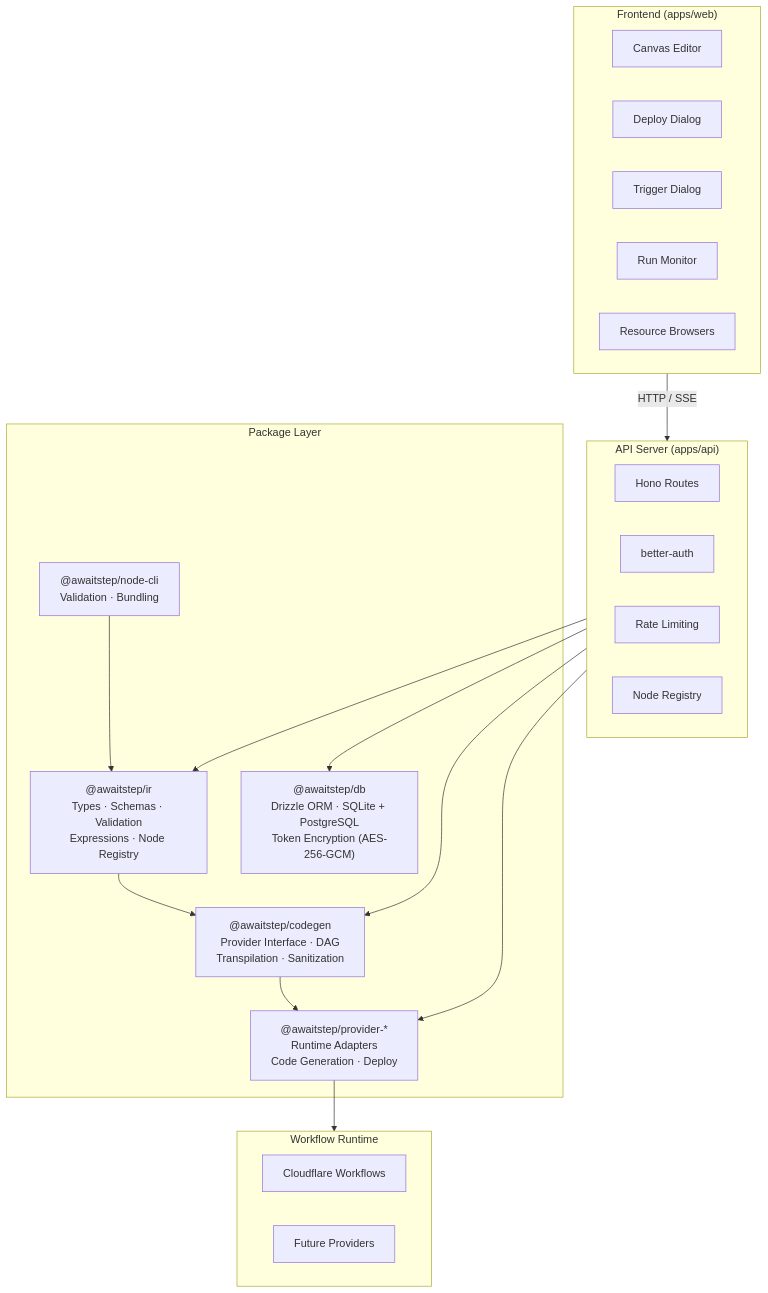
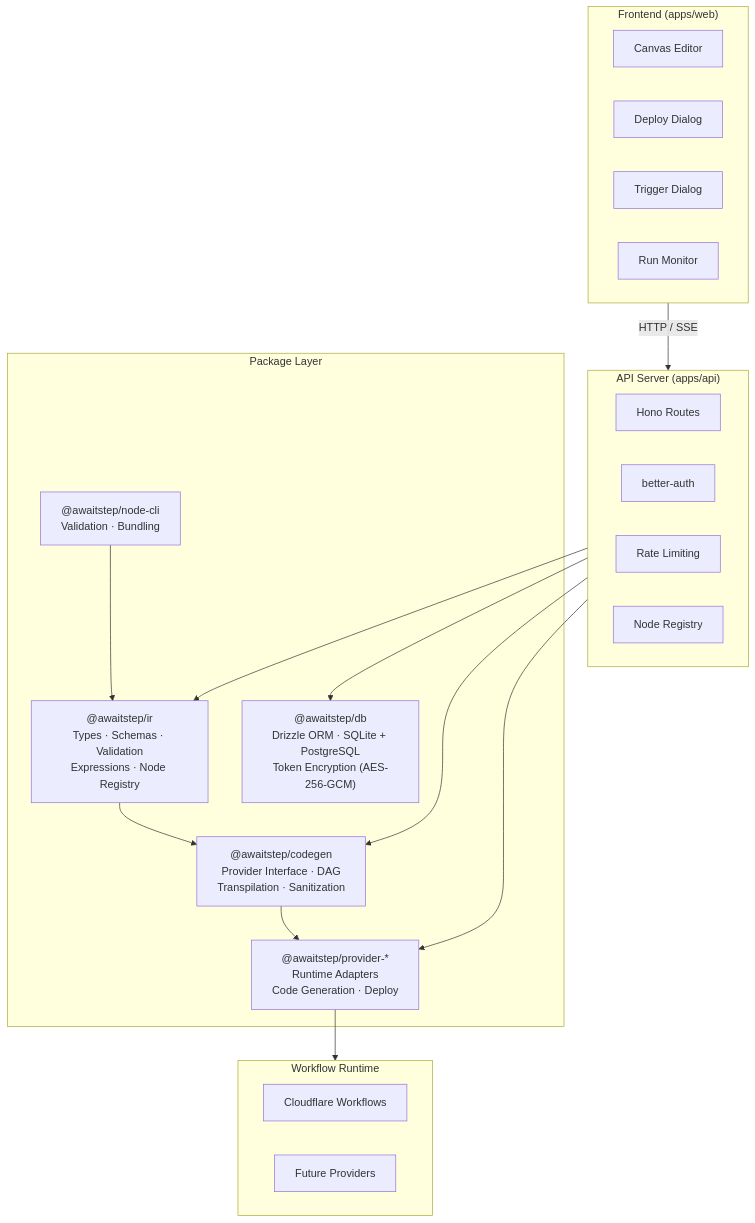
One commit to awaitstep/awaitstep changed the first of 2 diagrams in docs/architecture.md. Above: the diagram before and after it, drawn with Mermaid. The commit also changed 1 other file, not shown here.

Commit message:
chore: remove Resource Browser references from docs and README

````diff
--- a/docs/architecture.md
+++ b/docs/architecture.md
@@ -5,42 +5,41 @@
 ```mermaid
 graph TB
     subgraph Frontend["Frontend (apps/web)"]
         direction LR
         Canvas["Canvas Editor"]
         Deploy["Deploy Dialog"]
         Trigger["Trigger Dialog"]
         Monitor["Run Monitor"]
-        Resources["Resource Browsers"]
     end
 
     subgraph API["API Server (apps/api)"]
         direction LR
         Routes["Hono Routes"]
         Auth["better-auth"]
         Middleware["Rate Limiting"]
         NodeReg["Node Registry"]
     end
 
     subgraph Packages["Package Layer"]
         IR["@awaitstep/ir\nTypes · Schemas · Validation\nExpressions · Node Registry"]
         Codegen["@awaitstep/codegen\nProvider Interface · DAG\nTranspilation · Sanitization"]
         Providers["@awaitstep/provider-*\nRuntime Adapters\nCode Generation · Deploy"]
         DB["@awaitstep/db\nDrizzle ORM · SQLite + PostgreSQL\nToken Encryption (AES-256-GCM)"]
         NodeCLI["@awaitstep/node-cli\nValidation · Bundling"]
     end
 
     subgraph Runtime["Workflow Runtime"]
         CF["Cloudflare Workflows"]
         Future["Future Providers"]
     end
 
     Frontend -->|HTTP / SSE| API
     API --> IR
     API --> Codegen
     API --> Providers
     API --> DB
     IR --> Codegen
     Codegen --> Providers
     Providers --> Runtime
     NodeCLI --> IR
 ```
````
